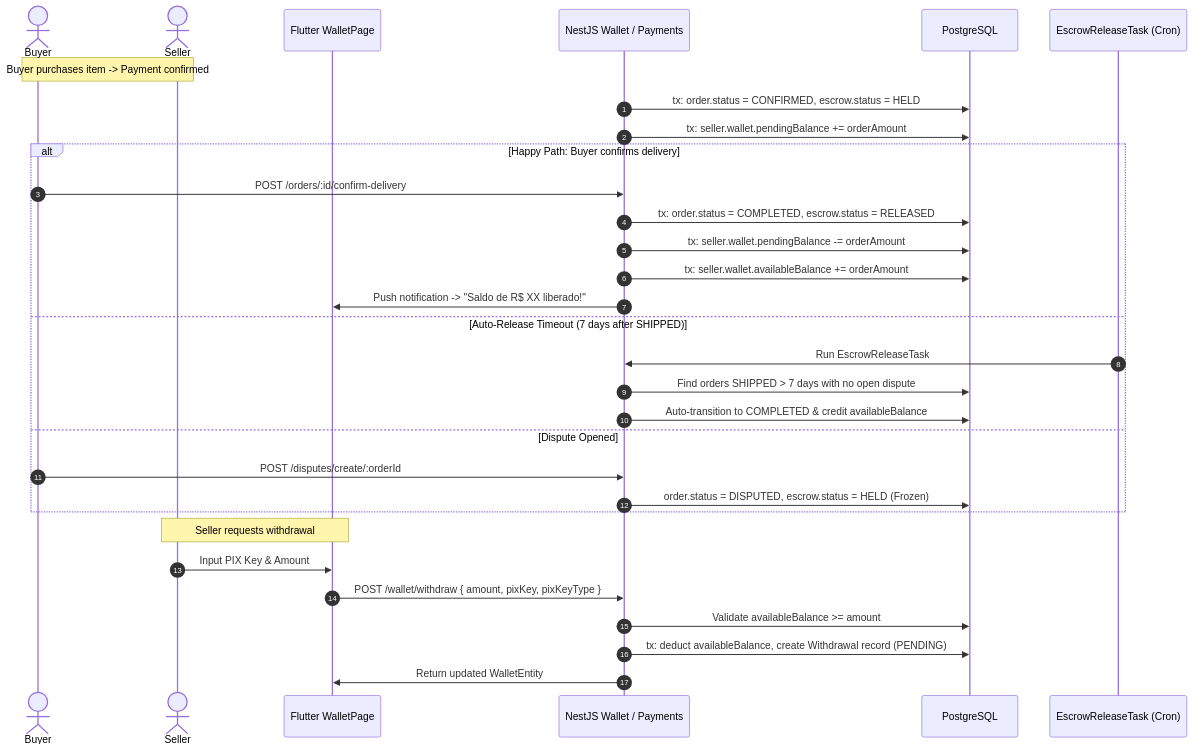
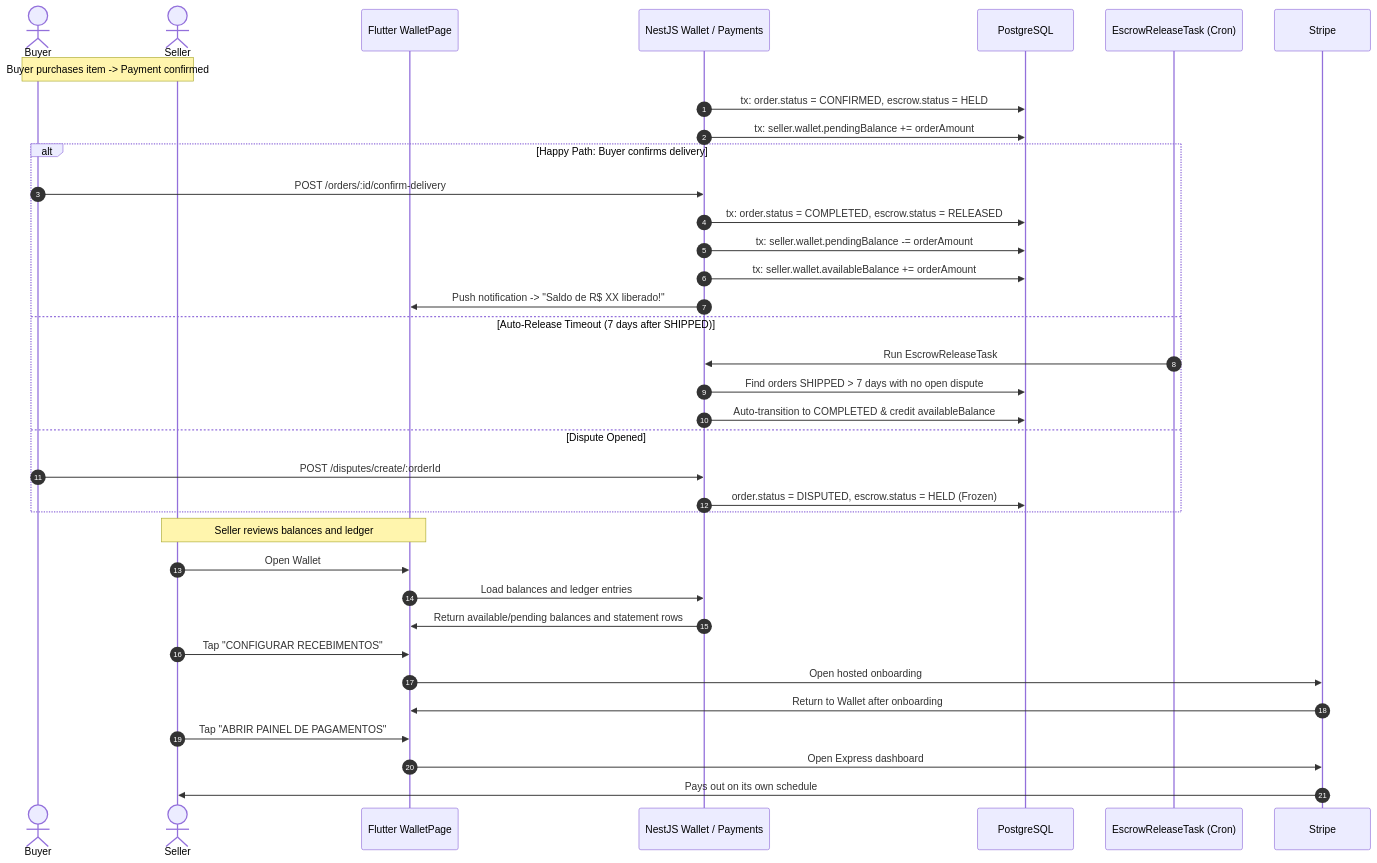
One commit to vsmarlon/freebay changed the fifth of 10 diagrams in .claude/skills/freebay-app-flows/SKILL.md. Above: the diagram before and after it, drawn with Mermaid. The commit also changed other lines of this file and 539 other files, not shown here.

````diff
--- a/.claude/skills/freebay-app-flows/SKILL.md
+++ b/.claude/skills/freebay-app-flows/SKILL.md
@@ -217,36 +216,40 @@
 ```mermaid
 sequenceDiagram
     autonumber
     actor Buyer
     actor Seller
     participant App as Flutter WalletPage
     participant Backend as NestJS Wallet / Payments
     participant DB as PostgreSQL
     participant Cron as EscrowReleaseTask (Cron)
 
     Note over Buyer,Seller: Buyer purchases item -> Payment confirmed
     Backend->>DB: tx: order.status = CONFIRMED, escrow.status = HELD
     Backend->>DB: tx: seller.wallet.pendingBalance += orderAmount
     
     alt Happy Path: Buyer confirms delivery
         Buyer->>Backend: POST /orders/:id/confirm-delivery
         Backend->>DB: tx: order.status = COMPLETED, escrow.status = RELEASED
         Backend->>DB: tx: seller.wallet.pendingBalance -= orderAmount
         Backend->>DB: tx: seller.wallet.availableBalance += orderAmount
         Backend->>App: Push notification -> "Saldo de R$ XX liberado!"
     else Auto-Release Timeout (7 days after SHIPPED)
         Cron->>Backend: Run EscrowReleaseTask
         Backend->>DB: Find orders SHIPPED > 7 days with no open dispute
         Backend->>DB: Auto-transition to COMPLETED & credit availableBalance
     else Dispute Opened
         Buyer->>Backend: POST /disputes/create/:orderId
         Backend->>DB: order.status = DISPUTED, escrow.status = HELD (Frozen)
     end
     
-    Note over Seller,App: Seller requests withdrawal
-    Seller->>App: Input PIX Key & Amount
-    App->>Backend: POST /wallet/withdraw { amount, pixKey, pixKeyType }
-    Backend->>DB: Validate availableBalance >= amount
-    Backend->>DB: tx: deduct availableBalance, create Withdrawal record (PENDING)
-    Backend->>App: Return updated WalletEntity
+    Note over Seller,App: Seller reviews balances and ledger
+    Seller->>App: Open Wallet
+    App->>Backend: Load balances and ledger entries
+    Backend->>App: Return available/pending balances and statement rows
+    Seller->>App: Tap "CONFIGURAR RECEBIMENTOS"
+    App->>Stripe: Open hosted onboarding
+    Stripe->>App: Return to Wallet after onboarding
+    Seller->>App: Tap "ABRIR PAINEL DE PAGAMENTOS"
+    App->>Stripe: Open Express dashboard
+    Stripe->>Seller: Pays out on its own schedule
 ```
````
